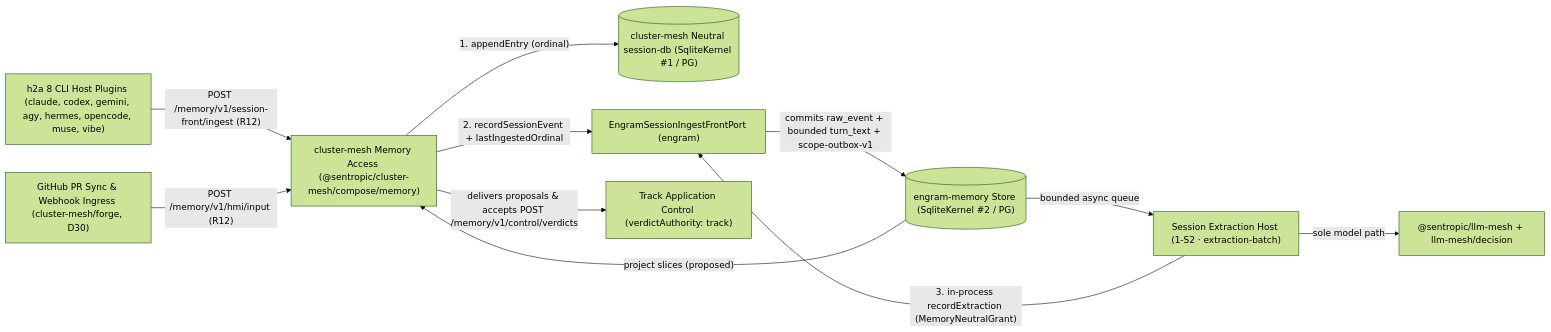
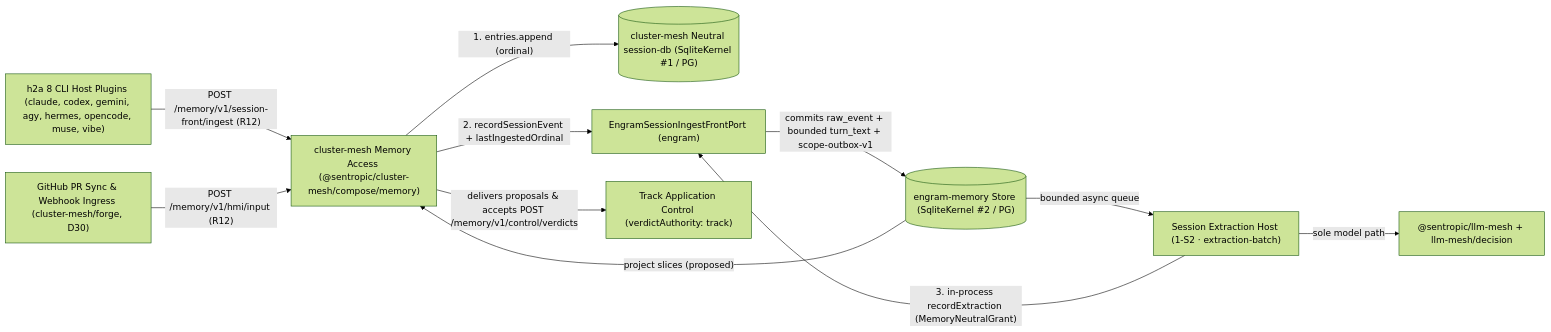
The first of 2 diagrams in spec/SPEC_ENGRAM_SESSION_FRONT_AND_EXTRACTION.md (rhanka/engram), drawn with Mermaid (forest theme) before and after one commit. The commit also changed other lines of this file and 2 other files, not shown here.

````diff
--- a/spec/SPEC_ENGRAM_SESSION_FRONT_AND_EXTRACTION.md
+++ b/spec/SPEC_ENGRAM_SESSION_FRONT_AND_EXTRACTION.md
@@ -112,13 +115,13 @@
 ```mermaid
 flowchart LR
     CLI["h2a 8 CLI Host Plugins (claude, codex, gemini, agy, hermes, opencode, muse, vibe)"] -->|"POST /memory/v1/session-front/ingest (R12)"| CM["cluster-mesh Memory Access (@sentropic/cluster-mesh/compose/memory)"]
     HMI["GitHub PR Sync & Webhook Ingress (cluster-mesh/forge, D30)"] -->|"POST /memory/v1/hmi/input (R12)"| CM
-    CM -->|"1. appendEntry (ordinal)"| SDB[("cluster-mesh Neutral session-db (SqliteKernel #1 / PG)")]
+    CM -->|"1. entries.append (ordinal)"| SDB[("cluster-mesh Neutral session-db (SqliteKernel #1 / PG)")]
     CM -->|"2. recordSessionEvent + lastIngestedOrdinal"| ING["EngramSessionIngestFrontPort (engram)"]
     ING -->|"commits raw_event + bounded turn_text + scope-outbox-v1"| MEM[("engram-memory Store (SqliteKernel #2 / PG)")]
     MEM -->|"bounded async queue"| EXT["Session Extraction Host (1-S2 · extraction-batch)"]
     EXT -->|"sole model path"| LLMM["@sentropic/llm-mesh + llm-mesh/decision"]
     EXT -->|"3. in-process recordExtraction (MemoryNeutralGrant)"| ING
     MEM -->|"project slices (proposed)"| CM
     CM -->|"delivers proposals & accepts POST /memory/v1/control/verdicts"| TRK["Track Application Control (verdictAuthority: track)"]
 ```
````
